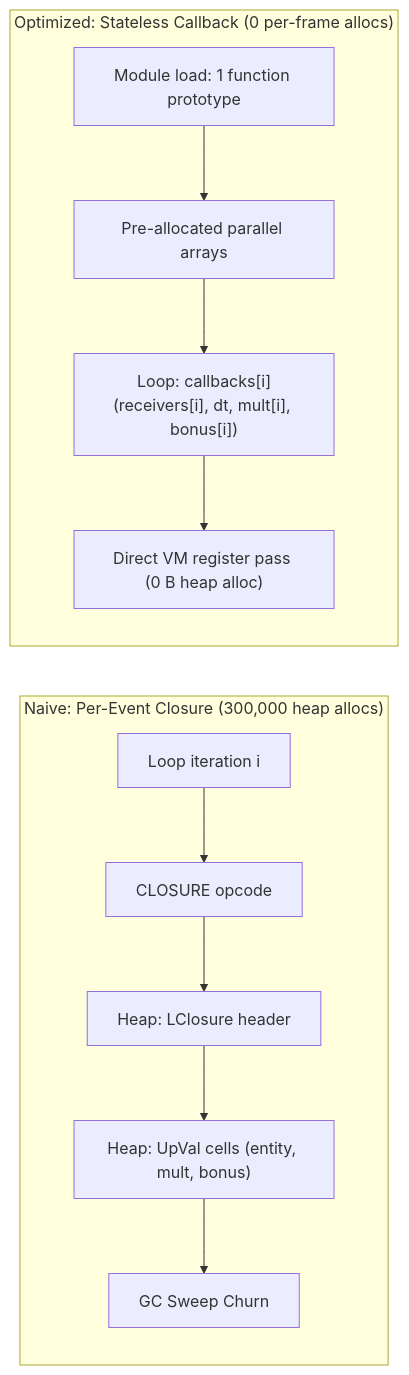
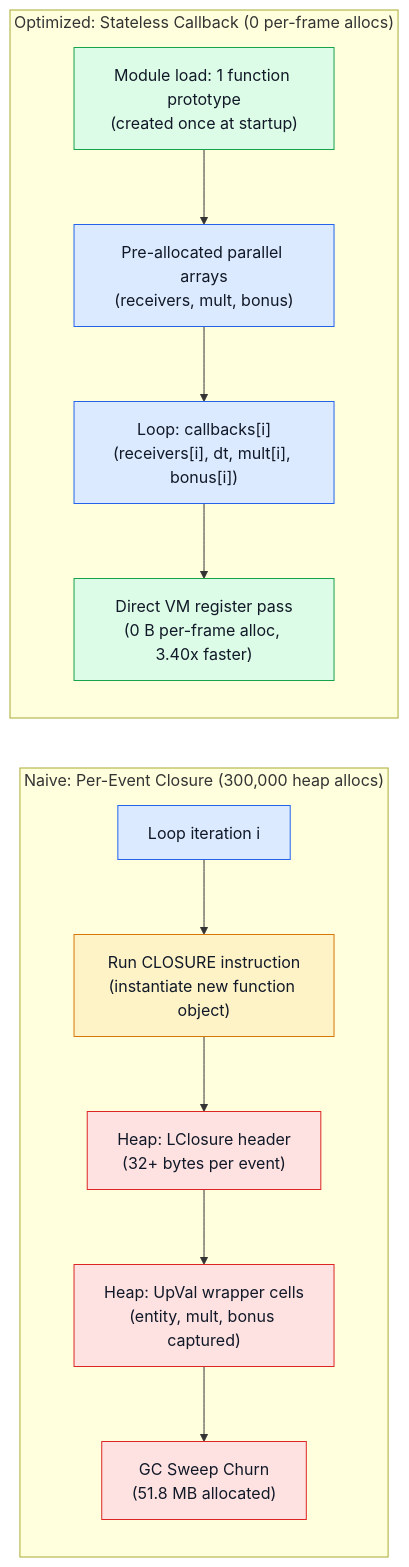
The diagram in lessons/ClosureReuse/Tutorial/en.md (LevyArsOS/lua-lessons), drawn with Mermaid before and after one commit. The commit also changed other lines of this file and 5 other files, not shown here.

First line of the commit message:
docs(tutorials): upgrade ArrayVsHash, ClosureReuse, and LocalsVsGlobals diagrams

````diff
--- a/lessons/ClosureReuse/Tutorial/en.md
+++ b/lessons/ClosureReuse/Tutorial/en.md
@@ -37,15 +37,20 @@
 ```mermaid
 flowchart LR
+    classDef slow fill:#fee2e2,stroke:#dc2626,color:#111827
+    classDef fast fill:#dcfce7,stroke:#16a34a,color:#111827
+    classDef vm fill:#dbeafe,stroke:#2563eb,color:#111827
+    classDef warn fill:#fef3c7,stroke:#d97706,color:#111827
+
     subgraph Naive["Naive: Per-Event Closure (300,000 heap allocs)"]
-        N1["Loop iteration i"] --> N2["CLOSURE opcode"]
-        N2 --> N3["Heap: LClosure header"]
-        N3 --> N4["Heap: UpVal cells (entity, mult, bonus)"]
-        N4 --> N5["GC Sweep Churn"]
+        N1["Loop iteration i"]:::vm --> N2["Run CLOSURE instruction<br/>(instantiate new function object)"]:::warn
+        N2 --> N3["Heap: LClosure header<br/>(32+ bytes per event)"]:::slow
+        N3 --> N4["Heap: UpVal wrapper cells<br/>(entity, mult, bonus captured)"]:::slow
+        N4 --> N5["GC Sweep Churn<br/>(51.8 MB allocated)"]:::slow
     end
 
     subgraph Optimized["Optimized: Stateless Callback (0 per-frame allocs)"]
-        O1["Module load: 1 function prototype"] --> O2["Pre-allocated parallel arrays"]
-        O2 --> O3["Loop: callbacks[i](receivers[i], dt, mult[i], bonus[i])"]
-        O3 --> O4["Direct VM register pass (0 B heap alloc)"]
+        O1["Module load: 1 function prototype<br/>(created once at startup)"]:::fast --> O2["Pre-allocated parallel arrays<br/>(receivers, mult, bonus)"]:::vm
+        O2 --> O3["Loop: callbacks[i](receivers[i], dt, mult[i], bonus[i])"]:::vm
+        O3 --> O4["Direct VM register pass<br/>(0 B per-frame alloc, 3.40x faster)"]:::fast
     end
 ```
````
